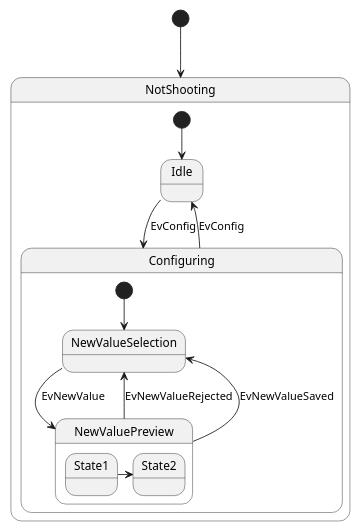
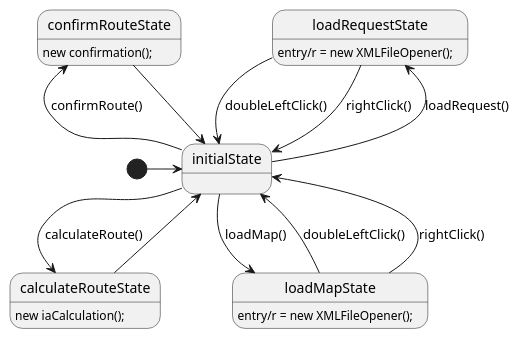
The diagram in src/documentation/StateChart.puml (Karlenkko/Agile-OnErrand), drawn with PlantUML before and after one commit.

Commit message:
docs(StateDiagram):IHM部分的State更新,非完全版，虽然图经过适当的调整，但还是挺丑的

```diff
--- a/src/documentation/StateChart.puml
+++ b/src/documentation/StateChart.puml
@@ -1,22 +1,70 @@
 @startuml
-scale 350 width
-[*] --> NotShooting
+'scale 350 width
+'[*] --> NotShooting
+'
+'state NotShooting {
+'  [*] --> Idle
+'  Idle --> Configuring : EvConfig
+'  Configuring --> Idle : EvConfig
+'}
+'
+'state Configuring {
+'  [*] --> NewValueSelection
+'  NewValueSelection --> NewValuePreview : EvNewValue
+'  NewValuePreview --> NewValueSelection : EvNewValueRejected
+'  NewValuePreview --> NewValueSelection : EvNewValueSaved
+'
+'  state NewValuePreview {
+'     State1 -> State2
+'  }
+'
+'}
 
-state NotShooting {
-  [*] --> Idle
-  Idle --> Configuring : EvConfig
-  Configuring --> Idle : EvConfig
+
+'For IHM'
+
+[*] -> initialState
+State initialState{
+
 }
 
-state Configuring {
-  [*] --> NewValueSelection
-  NewValueSelection --> NewValuePreview : EvNewValue
-  NewValuePreview --> NewValueSelection : EvNewValueRejected
-  NewValuePreview --> NewValueSelection : EvNewValueSaved
+'loadMapState
 
-  state NewValuePreview {
-     State1 -> State2
-  }
+initialState -down-> loadMapState : loadMap()
+loadMapState -up-> initialState : doubleLeftClick()
+loadMapState -up-> initialState : rightClick()
 
+State loadMapState{
+    loadMapState:entry/r = new XMLFileOpener();
+}
+
+'loadRequestState
+
+initialState -up-> loadRequestState : loadRequest()
+loadRequestState -> initialState : doubleLeftClick()
+loadRequestState -> initialState : rightClick()
+
+
+State loadRequestState{
+    loadRequestState:entry/r = new XMLFileOpener();
+}
+
+'confirmRouteState
+initialState -left-> confirmRouteState : confirmRoute()
+confirmRouteState -down-> initialState
+
+State confirmRouteState{
+    '创建一个class用于执行确定route 但是不清楚class的名称
+     confirmRouteState:new confirmation();
+}
+
+'calculateRouteState
+
+initialState -> calculateRouteState : calculateRoute()
+calculateRouteState -down-> initialState
+
+State calculateRouteState{
+    '创建一个class来计算 但是不清楚class的名称
+    calculateRouteState:new iaCalculation();
 }
 @enduml
```
